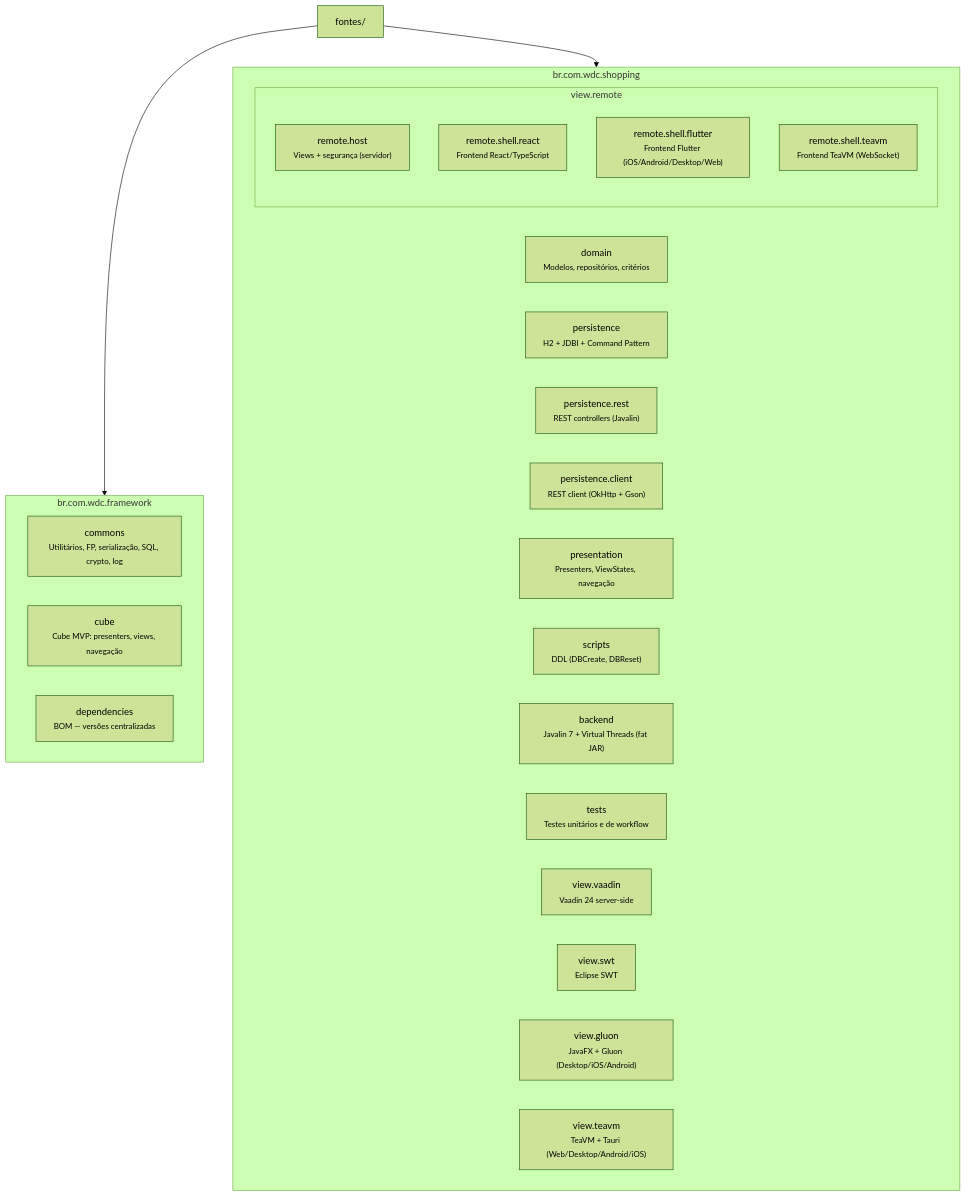
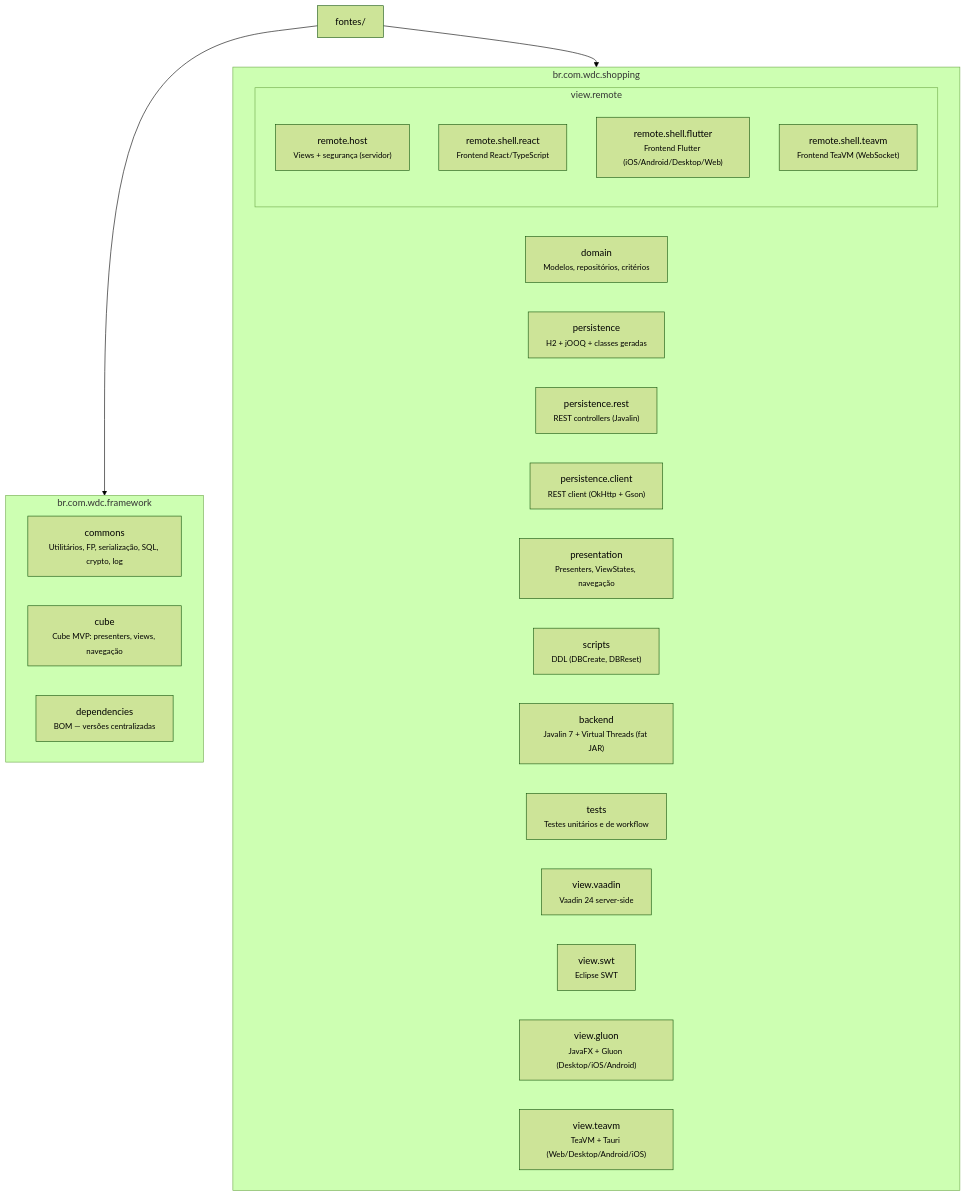
One commit to mrcdom/wdc-cube-java-v2 changed the second of 3 diagrams in README.md. Above: the diagram before and after it, drawn with Mermaid (forest theme). The commit also changed other lines of this file and 1 other file, not shown here.

First line of the commit message:
📝 [DOCS] atualiza README e docs para refletir migração JDBI/Command Pattern → jOOQ

````diff
--- a/README.md
+++ b/README.md
@@ -61,36 +61,36 @@
 ```mermaid
 graph TD
     fontes["fontes/"]
 
     subgraph Framework["br.com.wdc.framework"]
         commons["commons<br/><small>Utilitários, FP, serialização, SQL, crypto, log</small>"]
         cube["cube<br/><small>Cube MVP: presenters, views, navegação</small>"]
         deps["dependencies<br/><small>BOM — versões centralizadas</small>"]
     end
 
     subgraph Shopping["br.com.wdc.shopping"]
         domain["domain<br/><small>Modelos, repositórios, critérios</small>"]
-        persistence["persistence<br/><small>H2 + JDBI + Command Pattern</small>"]
+        persistence["persistence<br/><small>H2 + jOOQ + classes geradas</small>"]
         persistRest["persistence.rest<br/><small>REST controllers (Javalin)</small>"]
         persistClient["persistence.client<br/><small>REST client (OkHttp + Gson)</small>"]
         presentation["presentation<br/><small>Presenters, ViewStates, navegação</small>"]
         scripts["scripts<br/><small>DDL (DBCreate, DBReset)</small>"]
         backend["backend<br/><small>Javalin 7 + Virtual Threads (fat JAR)</small>"]
         tests["tests<br/><small>Testes unitários e de workflow</small>"]
 
         subgraph ViewReact["view.remote"]
             reactHost["remote.host<br/><small>Views + segurança (servidor)</small>"]
             reactShellReact["remote.shell.react<br/><small>Frontend React/TypeScript</small>"]
             reactShellFlutter["remote.shell.flutter<br/><small>Frontend Flutter (iOS/Android/Desktop/Web)</small>"]
             reactShellTeavm["remote.shell.teavm<br/><small>Frontend TeaVM (WebSocket)</small>"]
         end
 
         viewVaadin["view.vaadin<br/><small>Vaadin 24 server-side</small>"]
         viewSwt["view.swt<br/><small>Eclipse SWT</small>"]
         viewGluon["view.gluon<br/><small>JavaFX + Gluon (Desktop/iOS/Android)</small>"]
         viewTeavm["view.teavm<br/><small>TeaVM + Tauri (Web/Desktop/Android/iOS)</small>"]
     end
 
     fontes --> Framework
     fontes --> Shopping
 ```
````
